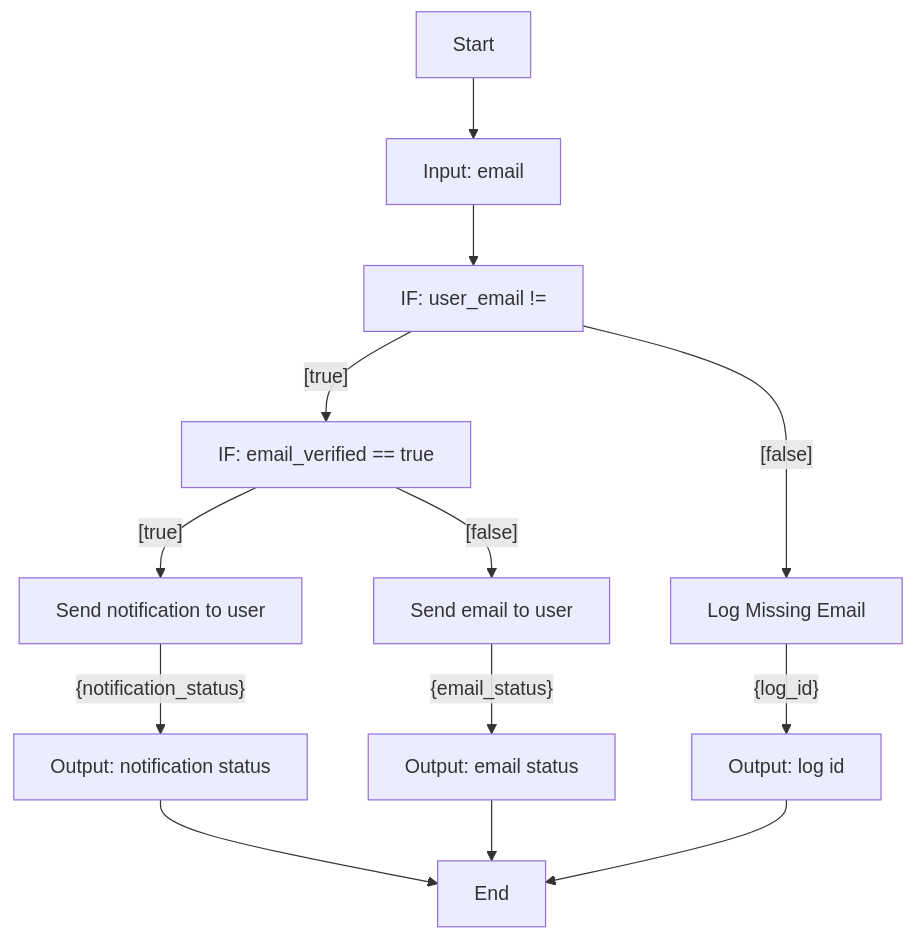
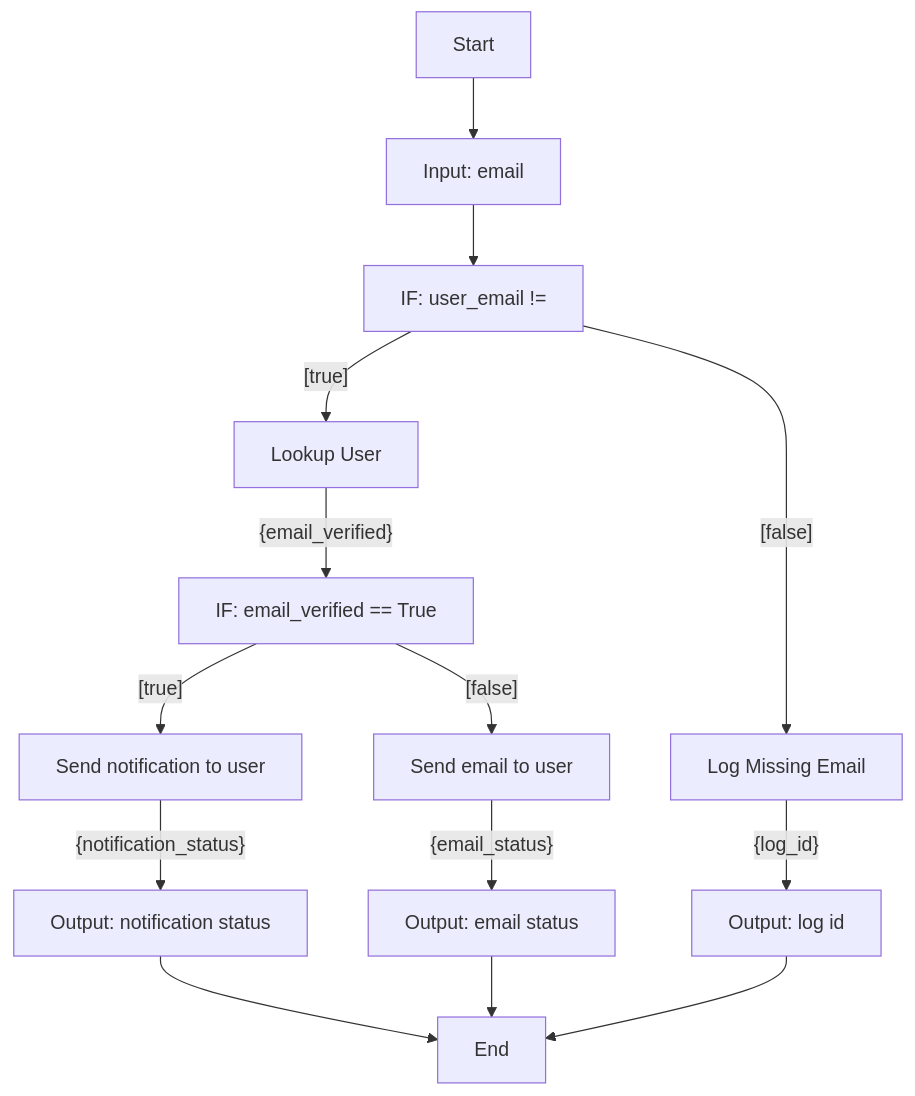
Before and after one commit to YJ-928/Temporal-Python-SDK: the diagram in poc-dsl-compiler/input/workflows/workflow_11.md, drawn with Mermaid. The commit also changed 48 other files, not shown here.

````diff
--- a/poc-dsl-compiler/input/workflows/workflow_11.md
+++ b/poc-dsl-compiler/input/workflows/workflow_11.md
@@ -1,15 +1,16 @@
 ```mermaid
 graph TD
     A[Start] --> B[Input: email]
     B[Input: email] --> C[IF: user_email != ]
-    C[IF: user_email != ] -- [true] --> D[IF: email_verified == true]
+    C[IF: user_email != ] -- [true] --> L[Lookup User]
     C[IF: user_email != ] -- [false] --> I[Log Missing Email]
-    D[IF: email_verified == true] -- [true] --> E[Send notification to user]
-    D[IF: email_verified == true] -- [false] --> G[Send email to user]
+    L[Lookup User] -- {email_verified} --> D[IF: email_verified == True]
+    D[IF: email_verified == True] -- [true] --> E[Send notification to user]
+    D[IF: email_verified == True] -- [false] --> G[Send email to user]
     E[Send notification to user] -- {notification_status} --> F[Output: notification status]
     F[Output: notification status] --> K[End]
     G[Send email to user] -- {email_status} --> H[Output: email status]
     H[Output: email status] --> K[End]
     I[Log Missing Email] -- {log_id} --> J[Output: log id]
     J[Output: log id] --> K[End]
 ```
````
